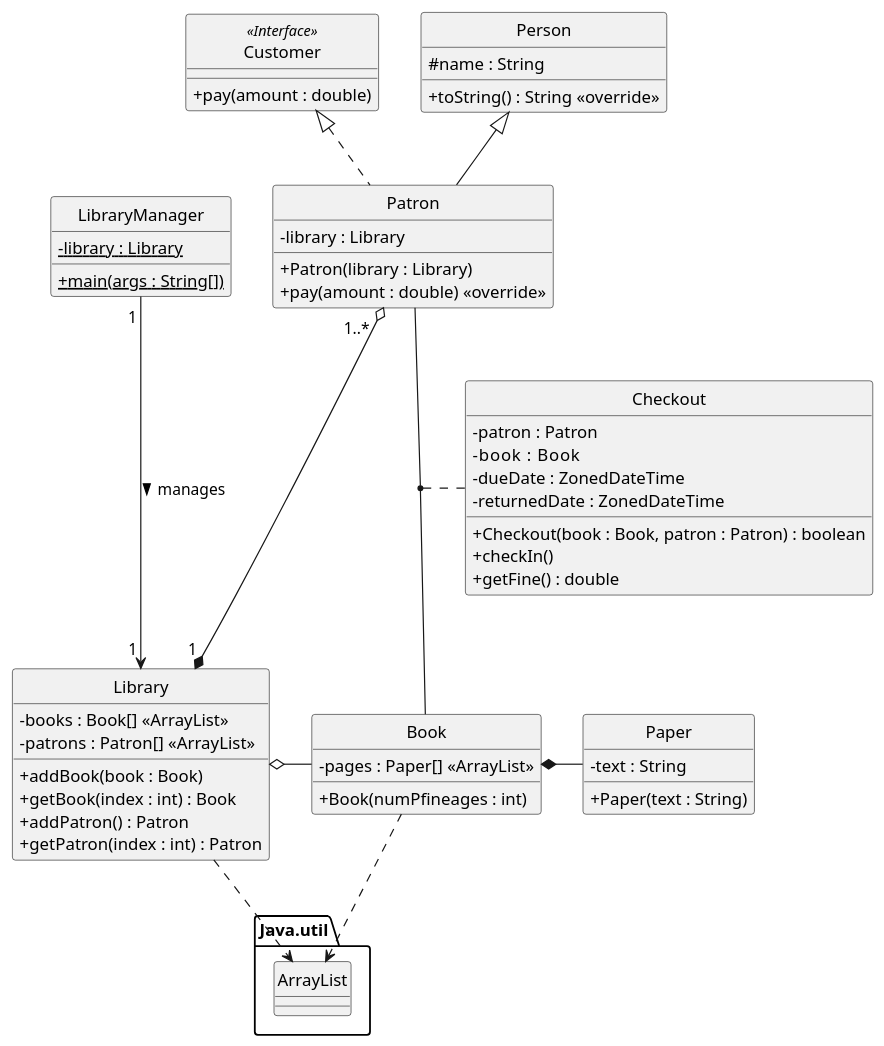
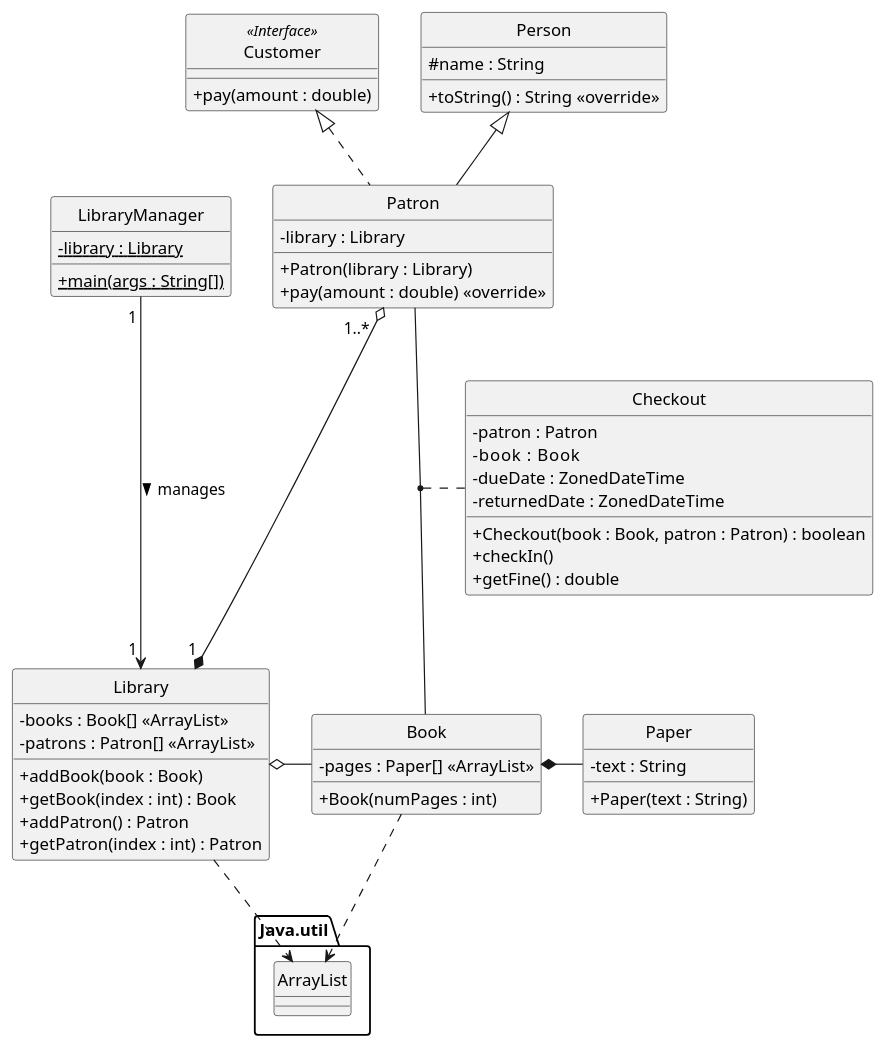
The diagram in 10-class-relationships/code_from_slides/relationships/uml_associations.puml (prof-rice/cse1325-prof), drawn with PlantUML before and after one commit.

Commit message:
Lecture 10 correct typo in UML diagram

```diff
--- a/10-class-relationships/code_from_slides/relationships/uml_associations.puml
+++ b/10-class-relationships/code_from_slides/relationships/uml_associations.puml
@@ -1,70 +1,70 @@
 @startuml
 set separator none
 skinparam classAttributeIconSize 0
 hide circle
 
 class LibraryManager {
  - {static} library : Library
  + {static} main(args : String[])
 }
 
 class Library {
  - books : Book[] <<ArrayList>>
  - patrons : Patron[] <<ArrayList>>
  + addBook(book : Book)
  + getBook(index : int) : Book
  + addPatron() : Patron
  + getPatron(index : int) : Patron
 }
 
 class Book {
  - pages : Paper[] <<ArrayList>> 
- + Book(numPfineages : int)
+ + Book(numPages : int)
 }
 
 class Customer <<Interface>> {
  + pay(amount : double)
 }
 
 class Person {
  # name : String
  + toString() : String <<override>>
 }
 
 class Patron {
  - library : Library
  + Patron(library : Library)
  + pay(amount : double) <<override>>
 }
 
 class Checkout {
   - patron : Patron
   - book   : Book
   - dueDate : ZonedDateTime
   - returnedDate : ZonedDateTime
   + Checkout(book : Book, patron : Patron) : boolean
   + checkIn()
   + getFine() : double
 }
 
 class Paper {
  -text : String
  +Paper(text : String)
 }
 
 package Java.util {
   class ArrayList {  
   }
 }
 
 LibraryManager "1 " --> "1 " Library : manages >
 LibraryManager -[hidden] Patron
 Customer <|.. Patron 
 Person <|-- Patron
 Patron "1..*  " o--* "1 " Library
 Library o- Book
 Book *- Paper
 (Patron, Book) .. Checkout
 Book ..> ArrayList 
 Library ..> ArrayList
 @enduml
```
